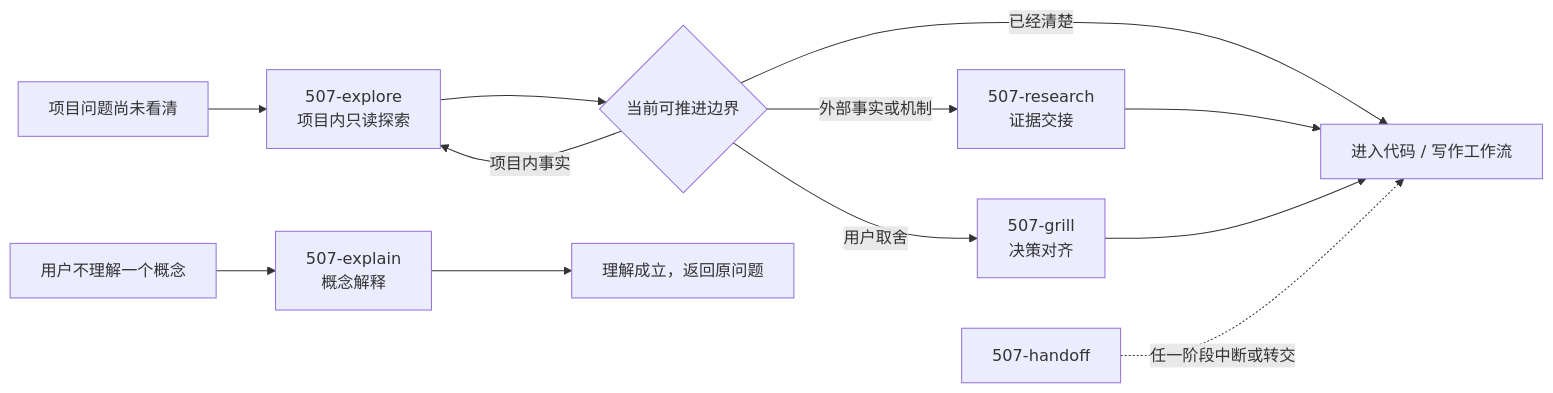
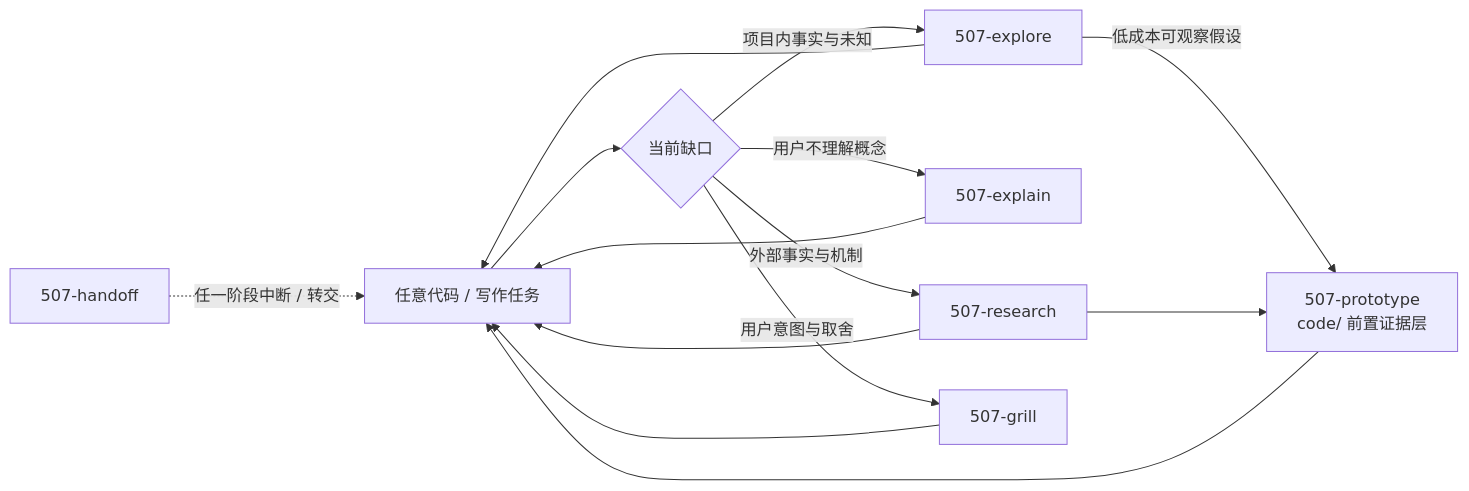
Before and after one commit to ssdiwu/507-skills: the diagram in common/README.md, drawn with Mermaid. The commit also changed other lines of this file and 29 other files, not shown here.

````diff
--- a/common/README.md
+++ b/common/README.md
@@ -7,16 +9,18 @@
 ```mermaid
 flowchart LR
-    start["项目问题尚未看清"] --> explore["507-explore<br/>项目内只读探索"]
-    concept["用户不理解一个概念"] --> explain["507-explain<br/>概念解释"]
+    task["任意代码 / 写作任务"] --> need{"当前缺口"}
+    need -->|"项目内事实与未知"| explore["507-explore"]
+    need -->|"用户不理解概念"| explain["507-explain"]
+    need -->|"外部事实与机制"| research["507-research"]
+    need -->|"用户意图与取舍"| grill["507-grill"]
 
-    explore --> frontier{"当前可推进边界"}
-    frontier -->|"项目内事实"| explore
-    frontier -->|"外部事实或机制"| research["507-research<br/>证据交接"]
-    frontier -->|"用户取舍"| grill["507-grill<br/>决策对齐"]
-    frontier -->|"已经清楚"| downstream["进入代码 / 写作工作流"]
+    explore --> task
+    explain --> task
+    research --> task
+    grill --> task
+    handoff["507-handoff"] -. "任一阶段中断 / 转交" .-> task
 
-    research --> downstream
-    grill --> downstream
-    explain --> understood["理解成立，返回原问题"]
-    handoff["507-handoff"] -. "任一阶段中断或转交" .-> downstream
+    explore -->|"低成本可观察假设"| prototype["507-prototype<br/>code/ 前置证据层"]
+    research --> prototype
+    prototype --> task
 ```
````
